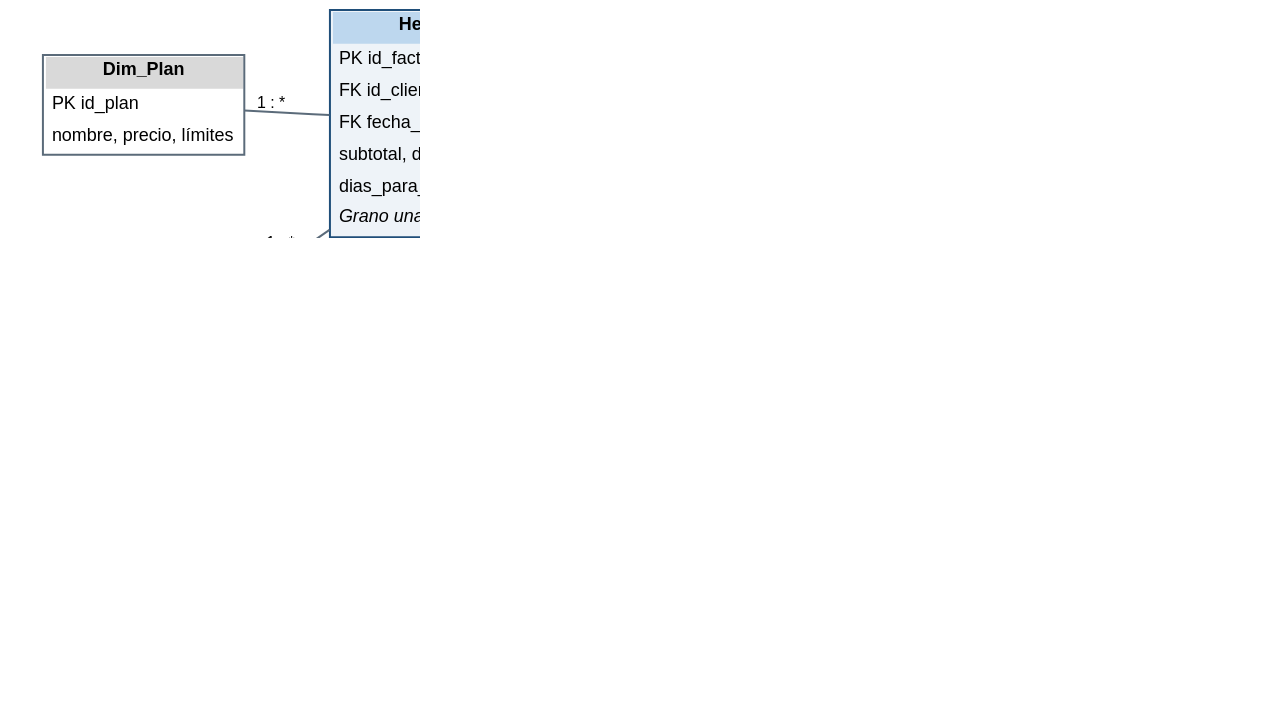
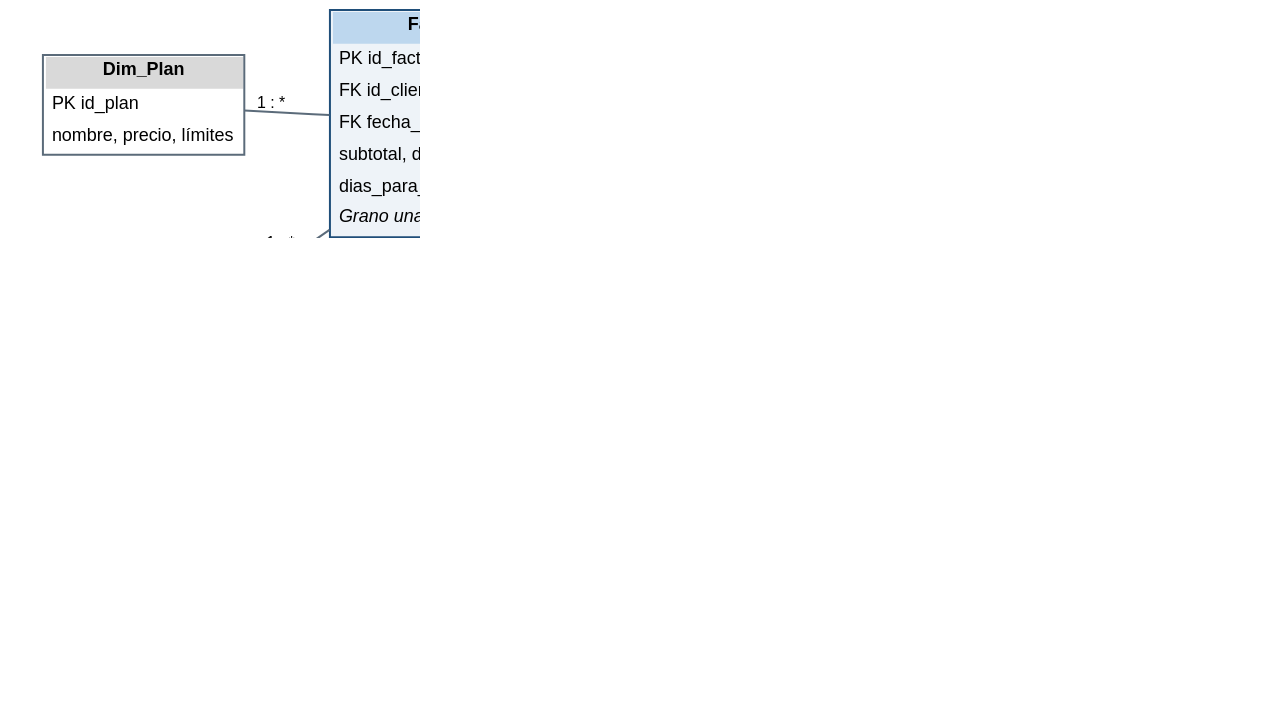
One commit to melodycotoviera11-ctrl/Examen02_Startup_MarketMind changed the diagram in 02_Arquitectura/fuentes/modelo.dot. Above: the diagram before and after it, drawn with Graphviz. The commit also changed 7 other files, not shown here.

First line of the commit message:
Usa el prefijo Fact_ para las tablas de hechos

```diff
--- a/02_Arquitectura/fuentes/modelo.dot
+++ b/02_Arquitectura/fuentes/modelo.dot
@@ -1,18 +1,18 @@
 graph G {
   layout=neato; overlap=false; splines=true; dpi=220; sep="+6";
   node [shape=plain, fontname="Arial", fontsize=9];
   edge [color="#5B6B7A", penwidth=1.0, fontname="Arial", fontsize=8];
   cal [pos="3.6,0!", label=<<table border="1" cellborder="0" cellspacing="0" cellpadding="3" color="#5B6B7A" bgcolor="#FFFFFF"><tr><td bgcolor="#D9D9D9"><b>Dim_Calendario</b></td></tr><tr><td align="left">PK Fecha</td></tr><tr><td align="left">Año, Mes, NombreMes</td></tr><tr><td align="left">Trimestre, DíaSemana</td></tr><tr><td align="left">EsFinDeSemana, Temporada</td></tr></table>>];
-  fac [pos="0,2.5!", label=<<table border="1" cellborder="0" cellspacing="0" cellpadding="3" color="#1F4E79" bgcolor="#EEF3F8"><tr><td bgcolor="#BDD7EE"><b>Hecho_Facturacion</b></td></tr><tr><td align="left">PK id_factura</td></tr><tr><td align="left">FK id_cliente, id_plan</td></tr><tr><td align="left">FK fecha_emision</td></tr><tr><td align="left">subtotal, descuento, iva, total</td></tr><tr><td align="left">dias_para_pagar, estado_pago</td></tr><tr><td align="left"><i>Grano una factura por cliente y mes</i></td></tr></table>>];
-  res [pos="0,-2.6!", label=<<table border="1" cellborder="0" cellspacing="0" cellpadding="3" color="#1F4E79" bgcolor="#EEF3F8"><tr><td bgcolor="#BDD7EE"><b>Hecho_ResultadosCampana</b></td></tr><tr><td align="left">PK id_resultado</td></tr><tr><td align="left">FK id_campana, id_cliente</td></tr><tr><td align="left">FK id_canal, fecha</td></tr><tr><td align="left">impresiones, clics, gasto</td></tr><tr><td align="left">conversiones, ingresos</td></tr><tr><td align="left"><i>Grano una campaña por día</i></td></tr></table>>];
-  uso [pos="0,0!", label=<<table border="1" cellborder="0" cellspacing="0" cellpadding="3" color="#1F4E79" bgcolor="#EEF3F8"><tr><td bgcolor="#BDD7EE"><b>Hecho_UsoPlataforma</b></td></tr><tr><td align="left">PK id_sesion</td></tr><tr><td align="left">FK id_cliente, fecha</td></tr><tr><td align="left">duracion_min, alertas_revisadas</td></tr><tr><td align="left">reporte_descargado, pagina</td></tr><tr><td align="left"><i>Grano una sesión</i></td></tr></table>>];
-  cos [pos="7.0,0!", label=<<table border="1" cellborder="0" cellspacing="0" cellpadding="3" color="#1F4E79" bgcolor="#EEF3F8"><tr><td bgcolor="#BDD7EE"><b>Hecho_Costos</b></td></tr><tr><td align="left">PK id_costo</td></tr><tr><td align="left">FK fecha, concepto, tipo_costo</td></tr><tr><td align="left">monto_crc</td></tr><tr><td align="left"><i>Grano un concepto por mes</i></td></tr></table>>];
+  fac [pos="0,2.5!", label=<<table border="1" cellborder="0" cellspacing="0" cellpadding="3" color="#1F4E79" bgcolor="#EEF3F8"><tr><td bgcolor="#BDD7EE"><b>Fact_Facturacion</b></td></tr><tr><td align="left">PK id_factura</td></tr><tr><td align="left">FK id_cliente, id_plan</td></tr><tr><td align="left">FK fecha_emision</td></tr><tr><td align="left">subtotal, descuento, iva, total</td></tr><tr><td align="left">dias_para_pagar, estado_pago</td></tr><tr><td align="left"><i>Grano una factura por cliente y mes</i></td></tr></table>>];
+  res [pos="0,-2.6!", label=<<table border="1" cellborder="0" cellspacing="0" cellpadding="3" color="#1F4E79" bgcolor="#EEF3F8"><tr><td bgcolor="#BDD7EE"><b>Fact_ResultadosCampana</b></td></tr><tr><td align="left">PK id_resultado</td></tr><tr><td align="left">FK id_campana, id_cliente</td></tr><tr><td align="left">FK id_canal, fecha</td></tr><tr><td align="left">impresiones, clics, gasto</td></tr><tr><td align="left">conversiones, ingresos</td></tr><tr><td align="left"><i>Grano una campaña por día</i></td></tr></table>>];
+  uso [pos="0,0!", label=<<table border="1" cellborder="0" cellspacing="0" cellpadding="3" color="#1F4E79" bgcolor="#EEF3F8"><tr><td bgcolor="#BDD7EE"><b>Fact_UsoPlataforma</b></td></tr><tr><td align="left">PK id_sesion</td></tr><tr><td align="left">FK id_cliente, fecha</td></tr><tr><td align="left">duracion_min, alertas_revisadas</td></tr><tr><td align="left">reporte_descargado, pagina</td></tr><tr><td align="left"><i>Grano una sesión</i></td></tr></table>>];
+  cos [pos="7.0,0!", label=<<table border="1" cellborder="0" cellspacing="0" cellpadding="3" color="#1F4E79" bgcolor="#EEF3F8"><tr><td bgcolor="#BDD7EE"><b>Fact_Costos</b></td></tr><tr><td align="left">PK id_costo</td></tr><tr><td align="left">FK fecha, concepto, tipo_costo</td></tr><tr><td align="left">monto_crc</td></tr><tr><td align="left"><i>Grano un concepto por mes</i></td></tr></table>>];
   cli [pos="-3.6,0!", label=<<table border="1" cellborder="0" cellspacing="0" cellpadding="3" color="#5B6B7A" bgcolor="#FFFFFF"><tr><td bgcolor="#D9D9D9"><b>Dim_Cliente</b></td></tr><tr><td align="left">PK id_cliente</td></tr><tr><td align="left">nombre, industria, tamaño</td></tr><tr><td align="left">provincia, canal_adquisicion</td></tr><tr><td align="left">fecha_alta, fecha_baja, estado</td></tr></table>>];
   pla [pos="-3.6,2.7!", label=<<table border="1" cellborder="0" cellspacing="0" cellpadding="3" color="#5B6B7A" bgcolor="#FFFFFF"><tr><td bgcolor="#D9D9D9"><b>Dim_Plan</b></td></tr><tr><td align="left">PK id_plan</td></tr><tr><td align="left">nombre, precio, límites</td></tr></table>>];
   cam [pos="-3.6,-2.9!", label=<<table border="1" cellborder="0" cellspacing="0" cellpadding="3" color="#5B6B7A" bgcolor="#FFFFFF"><tr><td bgcolor="#D9D9D9"><b>Dim_Campana</b></td></tr><tr><td align="left">PK id_campana</td></tr><tr><td align="left">marca, industria_marca</td></tr><tr><td align="left">objetivo, fechas, presupuesto</td></tr></table>>];
   can [pos="3.6,-3.0!", label=<<table border="1" cellborder="0" cellspacing="0" cellpadding="3" color="#5B6B7A" bgcolor="#FFFFFF"><tr><td bgcolor="#D9D9D9"><b>Dim_Canal</b></td></tr><tr><td align="left">PK id_canal</td></tr><tr><td align="left">nombre, plataforma, tipo</td></tr></table>>];
   cal -- fac [label="1 : *"]; cal -- res [label="1 : *"]; cal -- uso [label="1 : *"]; cal -- cos [label="1 : *"];
   cli -- fac [label="1 : *"]; cli -- res [label="1 : *"]; cli -- uso [label="1 : *"];
   pla -- fac [label="1 : *"];
   cam -- res [label="1 : *"]; can -- res [label="1 : *"];
 }
```
